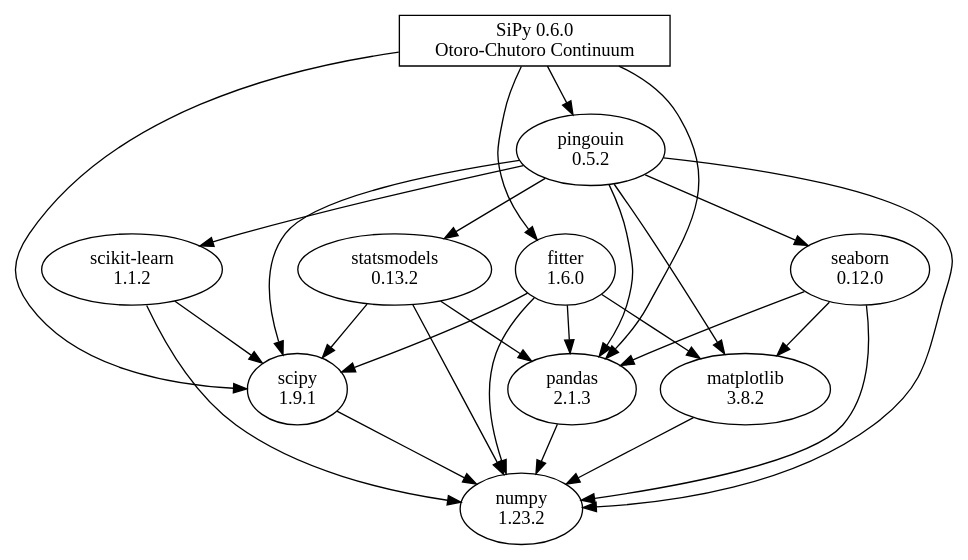
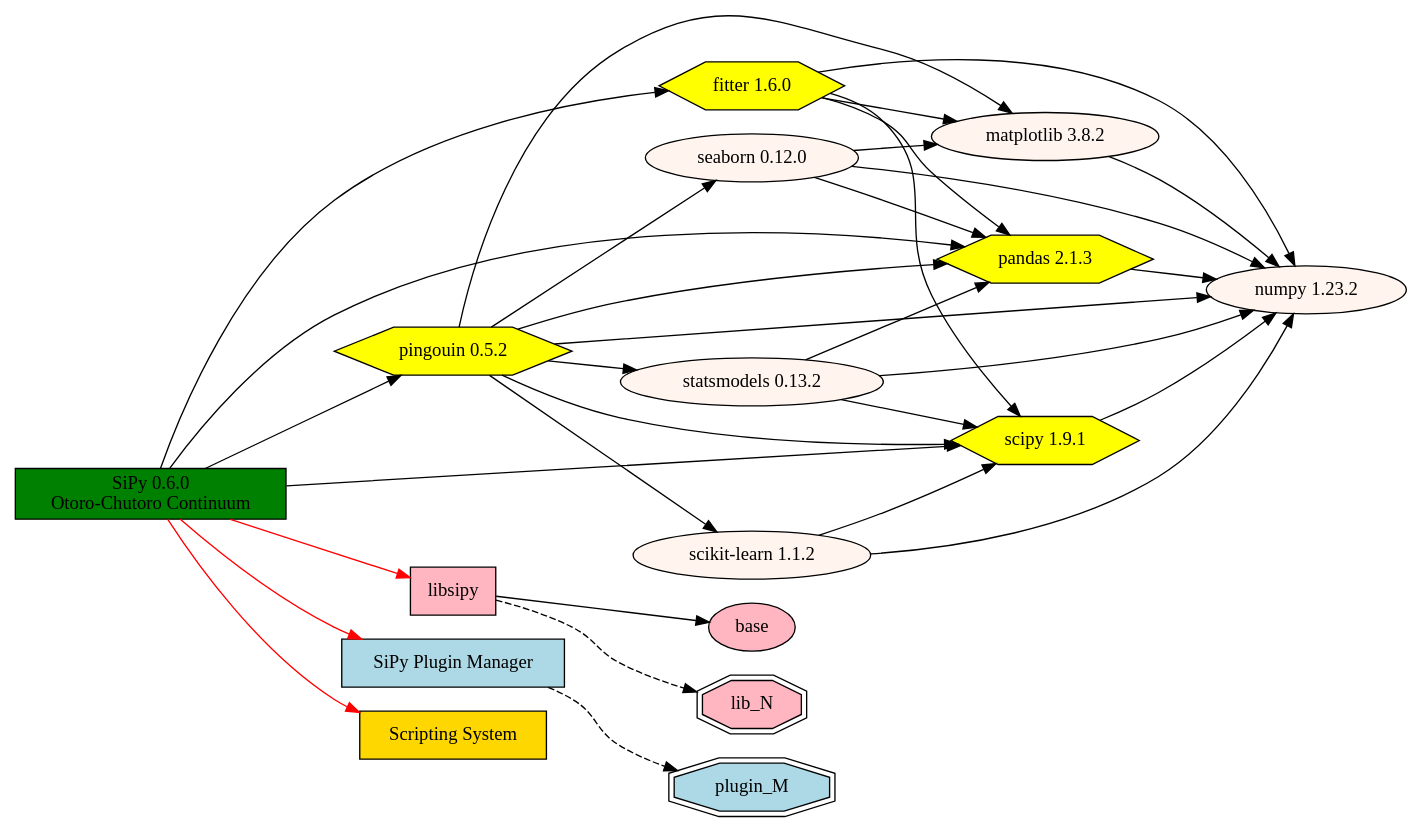
The diagram in manuscript/dependency.dot (mauriceling/sipy), drawn with Graphviz before and after one commit. The commit also changed 1 other file, not shown here.

```diff
--- a/manuscript/dependency.dot
+++ b/manuscript/dependency.dot
@@ -1,23 +1,47 @@
 digraph {
-        SiPy [shape="rectangle" label="SiPy 0.6.0\nOtoro-Chutoro Continuum"]
+        rankdir = LR
         
-        fitter [label="fitter\n1.6.0"]
-        matplotlib [label="matplotlib\n3.8.2"]
-        numpy [label="numpy\n1.23.2"]
-        pandas [label="pandas\n2.1.3"]
-        pingouin [label="pingouin\n0.5.2"]
-        seaborn [label="seaborn\n0.12.0"]
-        scipy [label="scipy\n1.9.1"]
-        "scikit-learn" [label="scikit-learn\n1.1.2"]
-        statsmodels [label="statsmodels\n0.13.2"]
+        SiPy [shape="rectangle" label="SiPy 0.6.0\nOtoro-Chutoro Continuum" fillcolor=green style=filled]
+        
+        subgraph packages {
+        fitter [label="fitter 1.6.0" fillcolor=yellow style=filled shape=hexagon]
+        matplotlib [label="matplotlib 3.8.2" fillcolor=seashell style=filled]
+        numpy [label="numpy 1.23.2" fillcolor=seashell style=filled]
+        pandas [label="pandas 2.1.3" fillcolor=yellow style=filled shape=hexagon]
+        pingouin [label="pingouin 0.5.2" fillcolor=yellow style=filled shape=hexagon]
+        seaborn [label="seaborn 0.12.0" fillcolor=seashell style=filled]
+        scipy [label="scipy 1.9.1" fillcolor=yellow style=filled shape=hexagon]
+        "scikit-learn" [label="scikit-learn 1.1.2" fillcolor=seashell style=filled]
+        statsmodels [label="statsmodels 0.13.2" fillcolor=seashell style=filled]
         
         SiPy -> {fitter pandas pingouin scipy}
         fitter -> {matplotlib numpy pandas scipy}
         matplotlib -> numpy
         pandas -> numpy
         pingouin -> {"scikit-learn" matplotlib numpy pandas scipy seaborn statsmodels}
         seaborn -> {matplotlib numpy pandas}
         scipy -> numpy
         "scikit-learn" -> {numpy scipy}
         statsmodels -> {numpy pandas scipy}
+        }
+        
+        subgraph library {
+        libsipy [shape="rectangle" label="libsipy" fillcolor=lightpink style=filled]
+        base [fillcolor=lightpink style=filled]
+        lib_N [fillcolor=lightpink style=filled shape=doubleoctagon]
+        SiPy -> libsipy [color=red]
+        libsipy -> base 
+        libsipy -> lib_N [style=dashed]
+        }
+        
+        subgraph plugin {
+        SPM [shape="rectangle" label="SiPy Plugin Manager" fillcolor=lightblue style=filled]
+        SiPy -> SPM [color=red]
+        plugin_M [fillcolor=lightblue style=filled shape=doubleoctagon]
+        SPM -> plugin_M [style=dashed]
+        }
+        
+        script_engine [shape="rectangle" label="Scripting System" fillcolor=gold style=filled]
+        SiPy -> script_engine [color=red]
+    
 }
```
